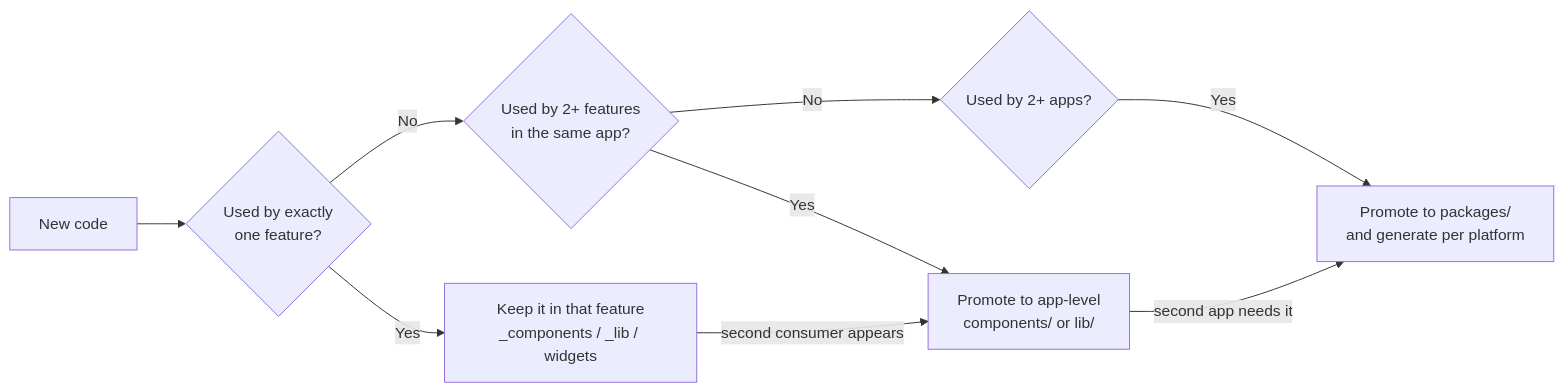
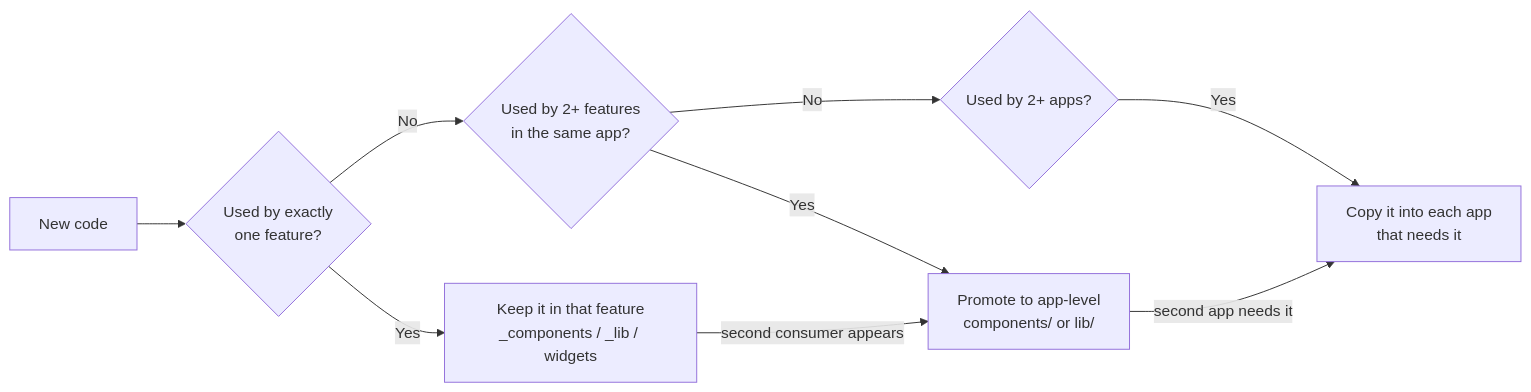
Before and after one commit to Deepak-GitHub1474/story: the diagram in docs/02-repo-structure-and-conventions.md, drawn with Mermaid. The commit also changed other lines of this file and 30 other files, not shown here.

````diff
--- a/docs/02-repo-structure-and-conventions.md
+++ b/docs/02-repo-structure-and-conventions.md
@@ -289,11 +293,11 @@
 ```mermaid
 flowchart LR
     New["New code"] --> Q1{"Used by exactly<br/>one feature?"}
     Q1 -->|Yes| Local["Keep it in that feature<br/>_components / _lib / widgets"]
     Q1 -->|No| Q2{"Used by 2+ features<br/>in the same app?"}
     Q2 -->|Yes| AppShared["Promote to app-level<br/>components/ or lib/"]
     Q2 -->|No| Q3{"Used by 2+ apps?"}
-    Q3 -->|Yes| Pkg["Promote to packages/<br/>and generate per platform"]
+    Q3 -->|Yes| Copy["Copy it into each app<br/>that needs it"]
     Local -->|"second consumer appears"| AppShared
-    AppShared -->|"second app needs it"| Pkg
+    AppShared -->|"second app needs it"| Copy
 ```
````
